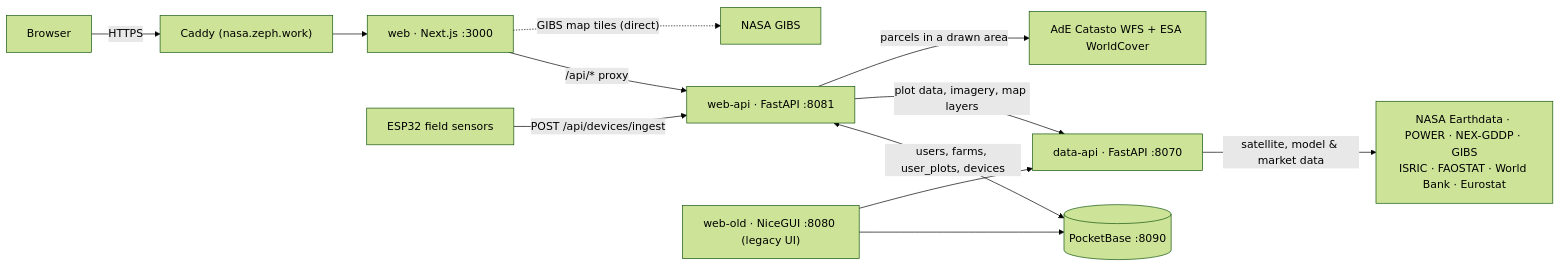
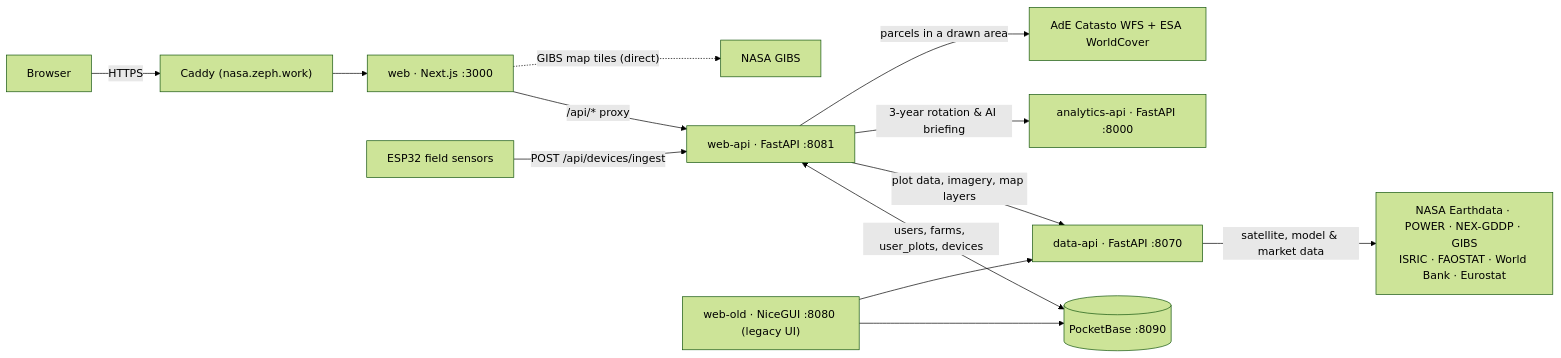
The diagram in README.md (ZephyrCodesStuff/NASA-SAC-26), drawn with Mermaid (forest theme) before and after one commit. The commit also changed other lines of this file and 4 other files, not shown here.

````diff
--- a/README.md
+++ b/README.md
@@ -18,14 +18,15 @@
 ```mermaid
 flowchart LR
     Browser["Browser"] -->|HTTPS| Caddy["Caddy (nasa.zeph.work)"]
     Caddy --> Web["web · Next.js :3000"]
     Web -->|"/api/* proxy"| WebAPI["web-api · FastAPI :8081"]
     ESP32["ESP32 field sensors"] -->|"POST /api/devices/ingest"| WebAPI
     WebAPI <-->|"users, farms, user_plots, devices"| PB[("PocketBase :8090")]
     WebAPI -->|"plot data, imagery, map layers"| DataAPI["data-api · FastAPI :8070"]
+    WebAPI -->|"3-year rotation & AI briefing"| AnalyticsAPI["analytics-api · FastAPI :8000"]
     WebAPI -->|"parcels in a drawn area"| Catasto["AdE Catasto WFS + ESA WorldCover"]
     DataAPI -->|"satellite, model & market data"| Sources["NASA Earthdata · POWER · NEX-GDDP · GIBS<br/>ISRIC · FAOSTAT · World Bank · Eurostat"]
     Web -.->|"GIBS map tiles (direct)"| GIBS["NASA GIBS"]
     WebOld["web-old · NiceGUI :8080 (legacy UI)"] --> PB
     WebOld --> DataAPI
 ```
````
